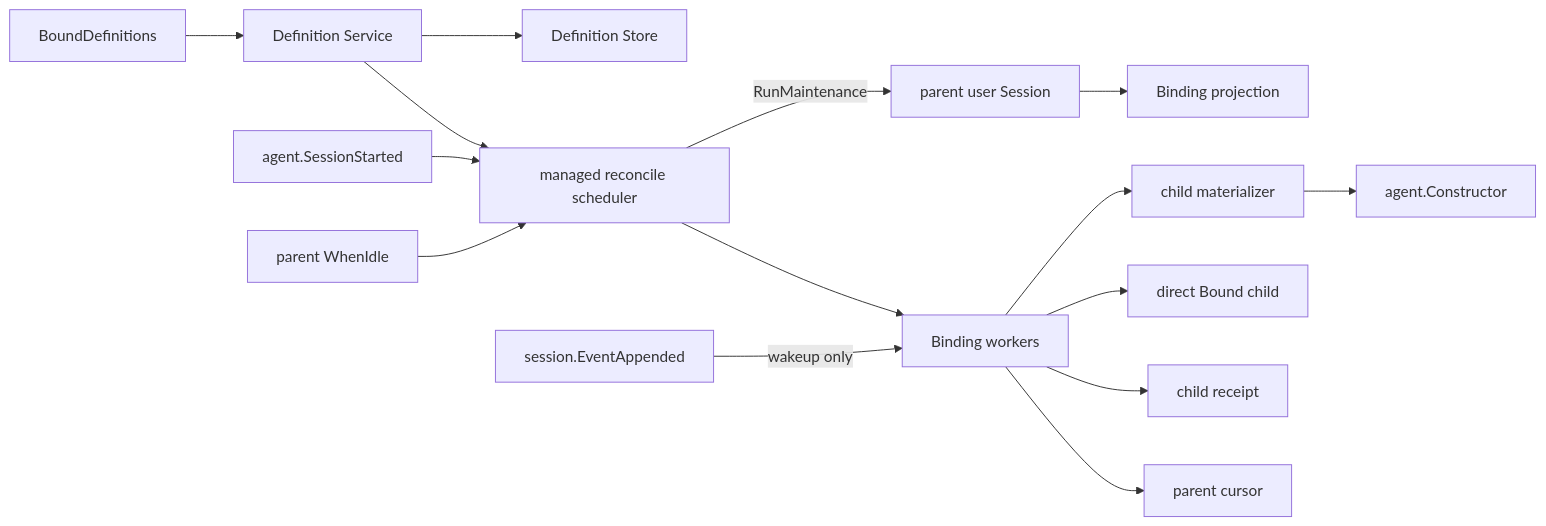
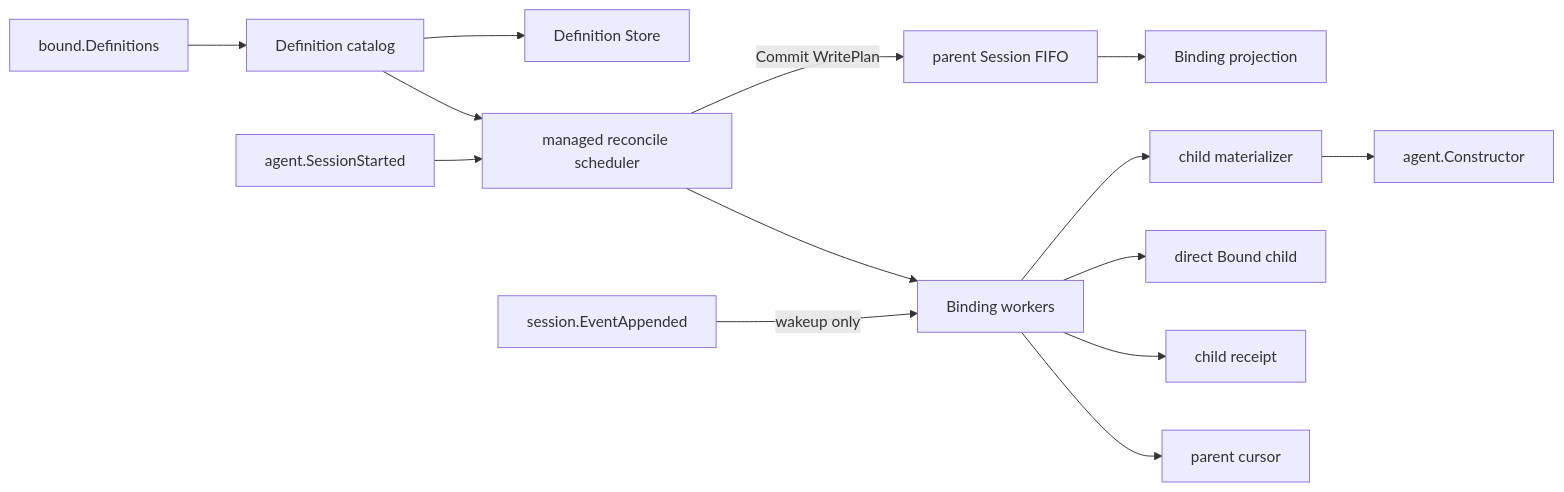
The diagram in subagent/internal/bound/README.zh-CN.md (gorenx/goren), drawn with Mermaid before and after one commit. The commit also changed other lines of this file and 16 other files, not shown here.

````diff
--- a/subagent/internal/bound/README.zh-CN.md
+++ b/subagent/internal/bound/README.zh-CN.md
@@ -7,17 +7,16 @@
 ```mermaid
 flowchart LR
-    API[BoundDefinitions] --> Definitions[Definition Service]
+    API[bound.Definitions] --> Definitions[Definition catalog]
     Definitions --> Store[Definition Store]
     Definitions --> Scheduler[managed reconcile scheduler]
     Started[agent.SessionStarted] --> Scheduler
-    Idle[parent WhenIdle] --> Scheduler
-    Scheduler -->|RunMaintenance| Parent[parent user Session]
+    Scheduler -->|Commit WritePlan| Parent[parent Session FIFO]
     Parent --> Bindings[Binding projection]
     Scheduler --> Workers[Binding workers]
     Event[session.EventAppended] -->|wakeup only| Workers
     Workers --> Materializer[child materializer]
     Materializer --> Constructor[agent.Constructor]
     Workers --> Child[direct Bound child]
     Workers --> Receipt[child receipt]
     Workers --> Cursor[parent cursor]
 ```
````
